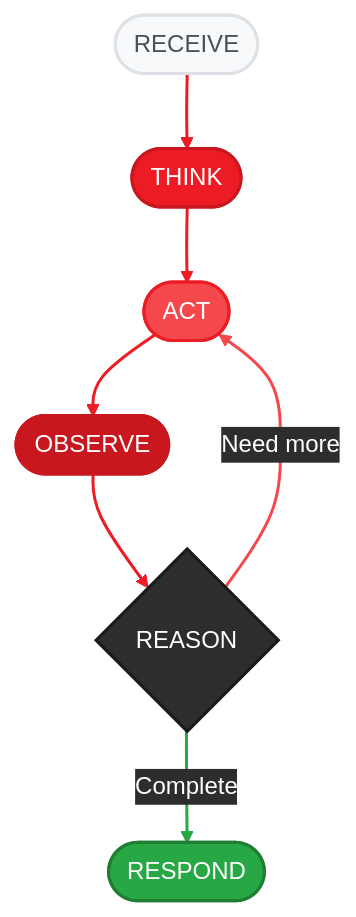
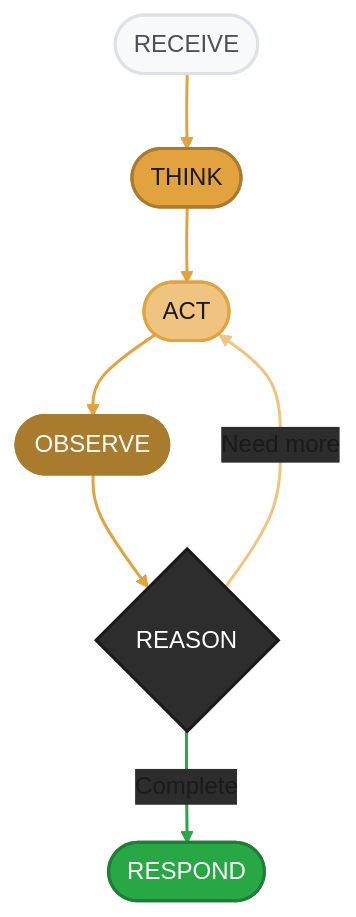
The diagram in docs/sdk/core/agent-system.mdx (amd/gaia), drawn with Mermaid before and after one commit. The commit also changed 37 other files, not shown here.

````diff
--- a/docs/sdk/core/agent-system.mdx
+++ b/docs/sdk/core/agent-system.mdx
@@ -79,21 +79,21 @@
 ```mermaid
-%%{init: {'theme':'base', 'themeVariables': { 'primaryColor':'#ED1C24', 'primaryTextColor':'#fff', 'primaryBorderColor':'#C8171E', 'lineColor':'#F4484D', 'secondaryColor':'#2d2d2d', 'tertiaryColor':'#f5f5f5', 'fontFamily': 'system-ui, -apple-system, sans-serif'}}}%%
+%%{init: {'theme':'base', 'themeVariables': { 'primaryColor':'#E2A33E', 'primaryTextColor':'#1a1a1a', 'primaryBorderColor':'#A87B2D', 'lineColor':'#EFC480', 'secondaryColor':'#2d2d2d', 'tertiaryColor':'#f5f5f5', 'fontFamily': 'system-ui, -apple-system, sans-serif'}}}%%
 flowchart TD
     A(["RECEIVE"]) --> B(["THINK"])
     B --> C(["ACT"])
     C --> D(["OBSERVE"])
     D --> E{"REASON"}
     E -->|"Need more"| C
     E -->|"Complete"| F(["RESPOND"])
 
     style A fill:#f8f9fa,stroke:#dee2e6,stroke-width:2px,color:#495057
-    style B fill:#ED1C24,stroke:#C8171E,stroke-width:2px,color:#fff
-    style C fill:#F4484D,stroke:#ED1C24,stroke-width:2px,color:#fff
-    style D fill:#C8171E,stroke:#C8171E,stroke-width:2px,color:#fff
+    style B fill:#E2A33E,stroke:#A87B2D,stroke-width:2px,color:#1a1a1a
+    style C fill:#EFC480,stroke:#E2A33E,stroke-width:2px,color:#1a1a1a
+    style D fill:#A87B2D,stroke:#A87B2D,stroke-width:2px,color:#fff
     style E fill:#2d2d2d,stroke:#1a1a1a,stroke-width:2px,color:#fff
     style F fill:#28a745,stroke:#1e7e34,stroke-width:2px,color:#fff
 
-    linkStyle 0,1,2,3 stroke:#ED1C24,stroke-width:2px
-    linkStyle 4 stroke:#F4484D,stroke-width:2px
+    linkStyle 0,1,2,3 stroke:#E2A33E,stroke-width:2px
+    linkStyle 4 stroke:#EFC480,stroke-width:2px
     linkStyle 5 stroke:#28a745,stroke-width:2px
 ```
````
